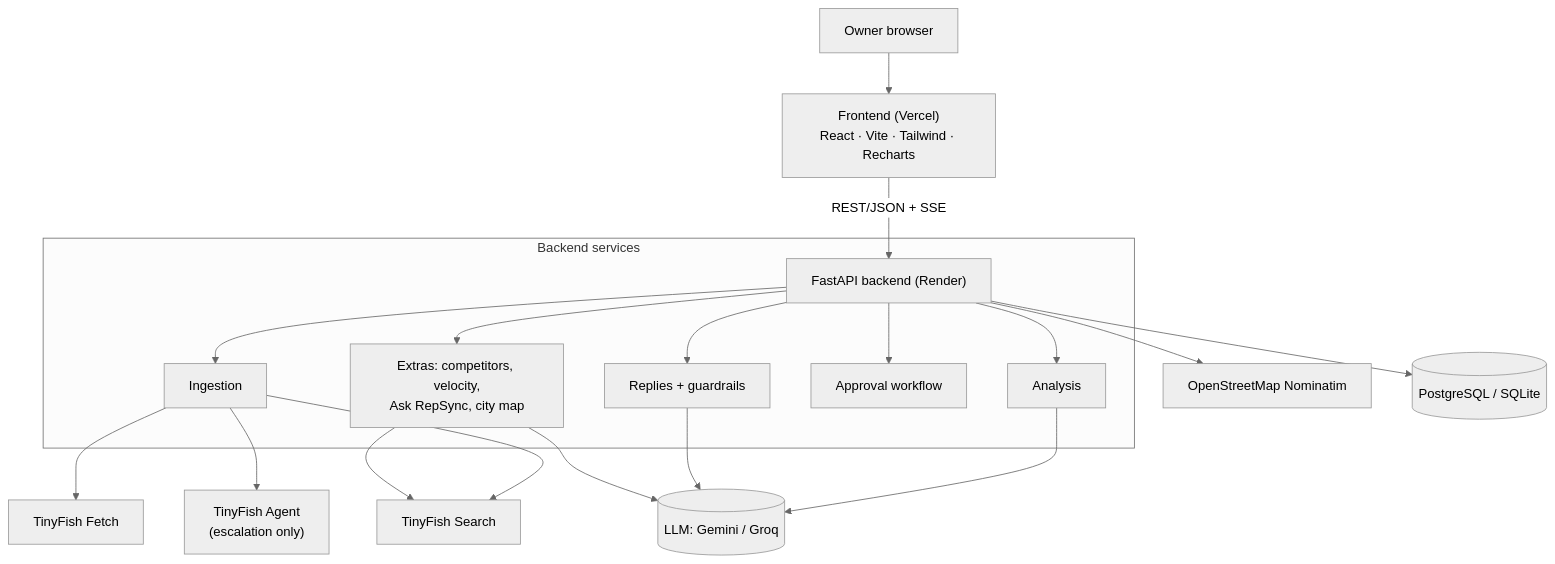
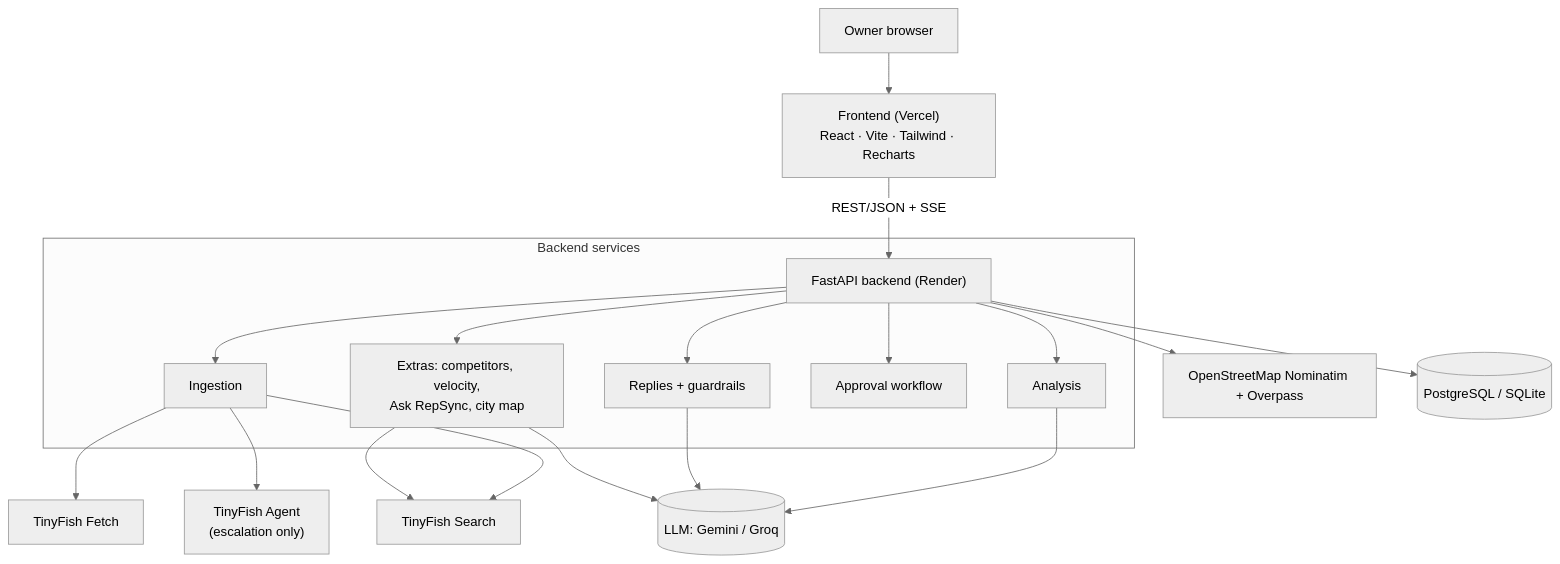
One commit to DevKumar005/RepSync changed the diagram in README.md. Above: the diagram before and after it, drawn with Mermaid (neutral theme). The commit also changed other lines of this file and 15 other files, not shown here.

First line of the commit message:
feat: real city map with OpenStreetMap places

````diff
--- a/README.md
+++ b/README.md
@@ -119,23 +121,23 @@
 ```mermaid
 flowchart TD
     A[Owner browser] --> B["Frontend (Vercel)<br/>React · Vite · Tailwind · Recharts"]
     B -- "REST/JSON + SSE" --> C["FastAPI backend (Render)"]
 
     subgraph Backend services
       C --> D[Ingestion]
       C --> E[Analysis]
       C --> F[Replies + guardrails]
       C --> G[Approval workflow]
       C --> X["Extras: competitors, velocity,<br/>Ask RepSync, city map"]
     end
 
-    C --> O[OpenStreetMap Nominatim]
+    C --> O[OpenStreetMap Nominatim + Overpass]
     D --> T1[TinyFish Search]
     D --> T2[TinyFish Fetch]
     D --> T3["TinyFish Agent<br/>(escalation only)"]
     X --> T1
     E --> L[(LLM: Gemini / Groq)]
     F --> L
     X --> L
     C --> DB[(PostgreSQL / SQLite)]
 ```
````
